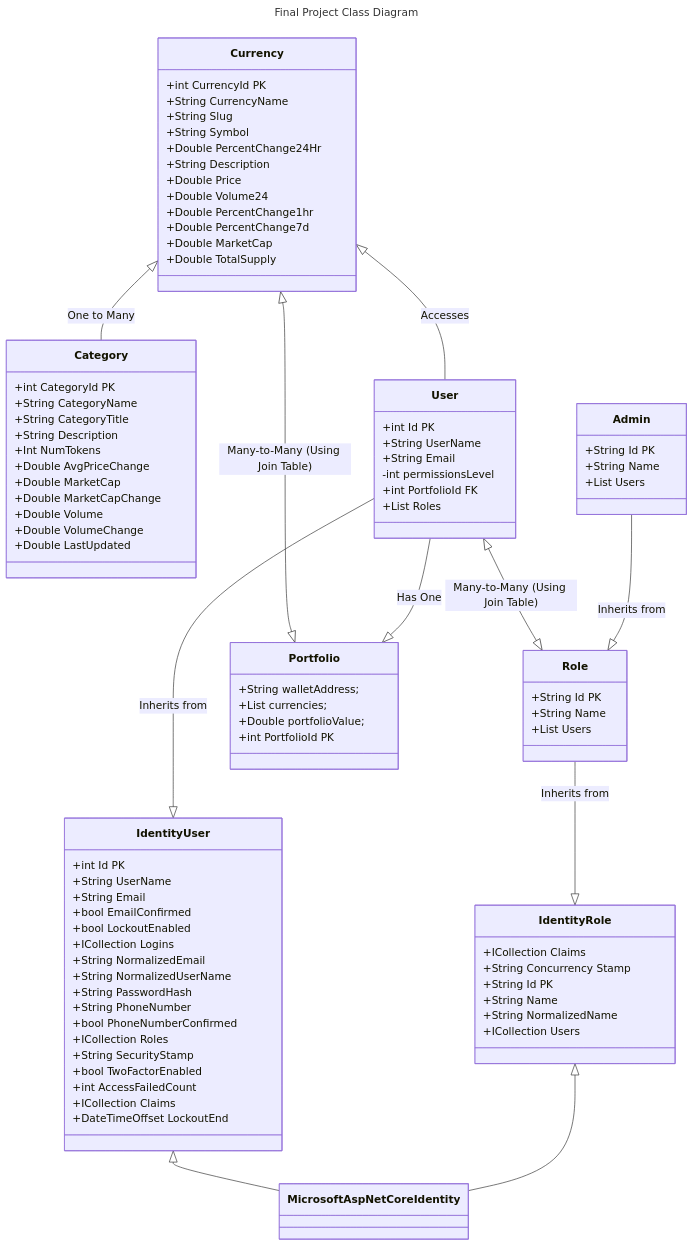
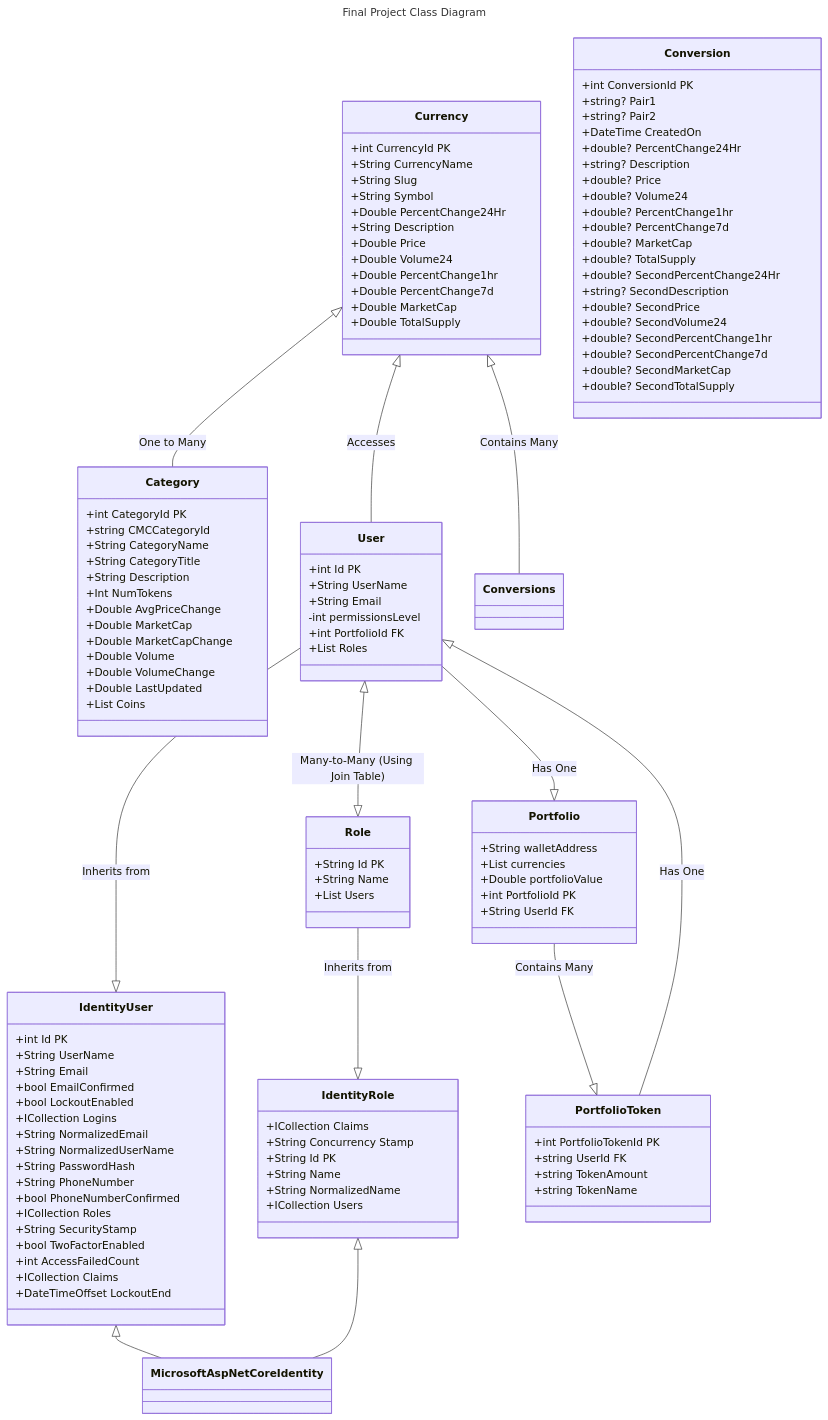
One commit to UC-IT3045C/final-project-final-project-1 changed the diagram in README.md. Above: the diagram before and after it, drawn with Mermaid. The commit also changed 8 other files, not shown here.

````diff
--- a/README.md
+++ b/README.md
@@ -11,10 +11,11 @@
     IdentityUser <|-- MicrosoftAspNetCoreIdentity
     Role --|> IdentityRole : Inherits from
     IdentityRole <|-- MicrosoftAspNetCoreIdentity
-    Currency <|--|> Portfolio : Many-to-Many (Using Join Table)
     User --|> Portfolio : Has One
+    Portfolio --|> PortfolioToken : Contains Many
+    PortfolioToken --|> User : Has One 
+    Currency <|-- Conversions : Contains Many
     User <|--|> Role : Many-to-Many (Using Join Table)
-    Admin --|> Role : Inherits from
     class Currency{
         +int CurrencyId PK
         +String CurrencyName
@@ -31,6 +32,7 @@
     }
     class Category{
         +int CategoryId PK
+        +string CMCCategoryId
         +String CategoryName
         +String CategoryTitle
         +String Description
@@ -41,12 +43,62 @@
         +Double Volume
         +Double VolumeChange
         +Double LastUpdated
+        +List<Currency> Coins
+    }
+    class Conversion{
+        +int ConversionId PK
+
+        +string? Pair1
+
+        +string? Pair2
+
+        +DateTime CreatedOn
+
+        +double? PercentChange24Hr
+
+        +string? Description
+
+        +double? Price
+
+        +double? Volume24
+
+        +double? PercentChange1hr
+
+        +double? PercentChange7d
+
+        +double? MarketCap
+
+        +double? TotalSupply
+
+        +double? SecondPercentChange24Hr
+
+        +string? SecondDescription
+
+        +double? SecondPrice
+
+        +double? SecondVolume24
+
+        +double? SecondPercentChange1hr
+
+        +double? SecondPercentChange7d
+
+        +double? SecondMarketCap
+
+        +double? SecondTotalSupply
     }
     class Portfolio{
-        +String walletAddress;
-        +List<Currency> currencies;
-        +Double portfolioValue;
+        +String walletAddress
+        +List<Currency> currencies
+        +Double portfolioValue
         +int PortfolioId PK
+        +String UserId FK
+        
+    }
+    class PortfolioToken{
+        +int PortfolioTokenId PK
+        +string UserId FK
+        +string TokenAmount
+        +string TokenName
     }
     class User{
         +int Id PK
@@ -88,9 +140,4 @@
         +String Name
         +List<User> Users
     }
-    class Admin{
-        +String Id PK
-        +String Name
-        +List<User> Users
-    }
 ```
````
